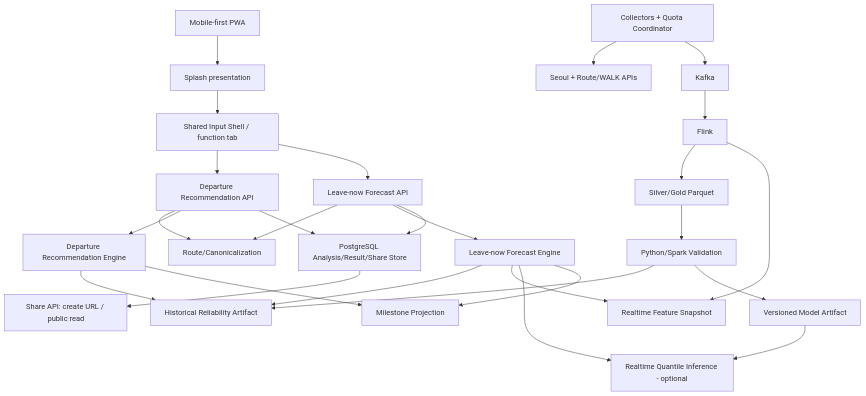
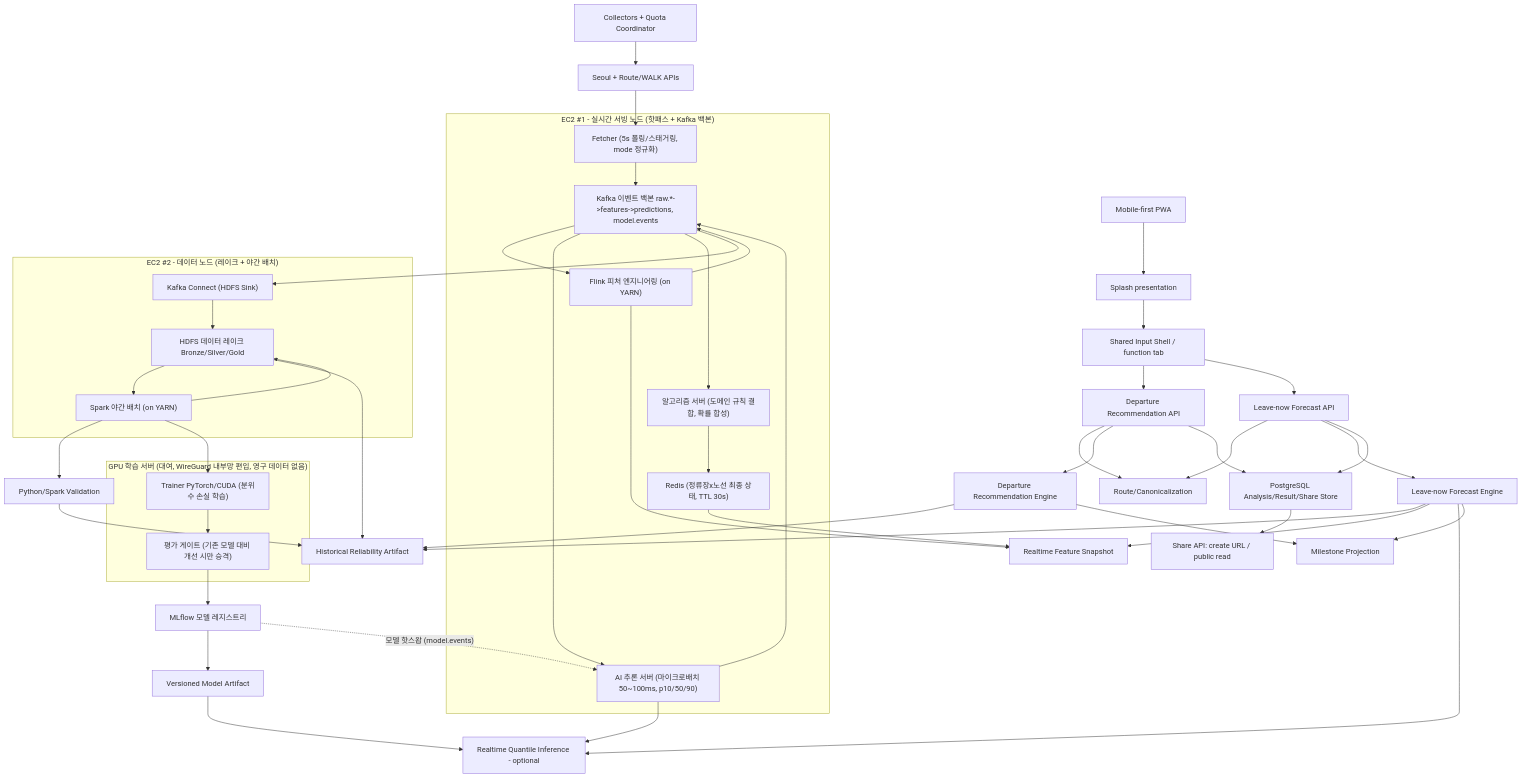
The first of 3 diagrams in docs/SERVICE_PLAN_260825_v0.3.md (DreamingGenie/Pickage), drawn with Mermaid before and after one commit. The commit also changed other lines of this file and 2 other files, not shown here.

Commit message:
docs: backend 확정 시스템 아키텍처(3-node·HDFS·Kafka 토픽 체인) 반영
backend 담당자가 확정한 실시간 교통 예측 아키텍처 문서(transit-architecture.pdf,
2026-08)의 구조도(컴포넌트/화살표/토픽명)를 기준으로 반영했다. 서술 텍스트는
추후 수정 가능성이 있다는 안내에 따라 참고용으로만 쓰고 근거로 채택하지 않았다.

- SERVICE_PLAN: 시스템 아키텍처 mermaid에 EC2#1(실시간 서빙+Kafka 백본)/
  EC2#2(데이터+야간배치)/GPU 학습 서버(대여) 3-node 구조, Fetcher/Flink/
  AI 추론 서버/알고리즘 서버/Redis/Kafka Connect/MLflow/평가 게이트 구성요소
  책임 추가, MinIO->HDFS 확정, 2-node->3-node 배치안 갱신
- REQUIREMENTS_SPEC: SYS-004/006/008/009/011에 실제 구현 컴포넌트 주석,
  신규 SYS-013(Redis)/SYS-014(Kafka Connect/HDFS Sink), Kafka Topic Contract
  표 신설, 3-node confirmed deployment contract, NFR-083/BR-074 3-node로 갱신,
  ENT-025에 MLflow/평가 게이트 연결 명시
- DECISION_SHEET: "2026-08-26 v0.3 Backend Architecture Confirmation Decision"
  절 신설(D-260826-001~005). 구조도와 상충하는 원문 서술(YARN 생략 주장 등)은
  "채택하지 않은 서술"로 분리 기록. PostgreSQL 기반 analysisId/Share 계층과
  새 아키텍처의 관계, YARN 포함 여부, GPU=H100 여부는 OPEN 항목으로 등록하고
  기존 계약(PostgreSQL 기반 API-011/012/006/007/008, ENT-029~034)은 변경하지
  않음을 명시

IA_SCREEN_SPEC은 화면/UX 계층이라 이번 backend 인프라 변경의 영향을 받지 않아
수정하지 않았다.

이슈: S15P21A506-91

````diff
--- a/docs/SERVICE_PLAN_260825_v0.3.md
+++ b/docs/SERVICE_PLAN_260825_v0.3.md
@@ -655,27 +655,53 @@
 ```mermaid
 flowchart TB
     PWA["Mobile-first PWA"] --> SPLASH["Splash presentation"]
     SPLASH --> INPUT["Shared Input Shell / function tab"]
     INPUT --> DPAPI["Departure Recommendation API"]
     INPUT --> LNAPI["Leave-now Forecast API"]
     DPAPI --> ROUTE["Route/Canonicalization"]
     LNAPI --> ROUTE
     DPAPI --> DENG["Departure Recommendation Engine"]
     LNAPI --> NENG["Leave-now Forecast Engine"]
     DENG --> HIST["Historical Reliability Artifact"]
     NENG --> HIST
     NENG --> RT["Realtime Feature Snapshot"]
     NENG --> ML["Realtime Quantile Inference - optional"]
     DENG --> MP["Milestone Projection"]
     NENG --> MP
     DPAPI --> PG["PostgreSQL Analysis/Result/Share Store"]
     LNAPI --> PG
     PG --> SHARE["Share API: create URL / public read"]
+
     COL["Collectors + Quota Coordinator"] --> EXT["Seoul + Route/WALK APIs"]
-    COL --> K["Kafka"] --> F["Flink"]
-    F --> LAKE["Silver/Gold Parquet"]
-    F --> RT
-    LAKE --> BATCH["Python/Spark Validation"]
+    EXT --> FETCH
+
+    subgraph EC2_1["EC2 #1 - 실시간 서빙 노드 (핫패스 + Kafka 백본)"]
+        FETCH["Fetcher (5s 폴링/스태거링, mode 정규화)"] --> KAFKA["Kafka 이벤트 백본 raw.*->features->predictions, model.events"]
+        KAFKA --> FLINK["Flink 피처 엔지니어링 (on YARN)"]
+        FLINK --> KAFKA
+        KAFKA --> AIINF["AI 추론 서버 (마이크로배치 50~100ms, p10/50/90)"]
+        AIINF --> KAFKA
+        KAFKA --> ALGO["알고리즘 서버 (도메인 규칙 결합, 확률 합성)"]
+        ALGO --> REDIS["Redis (정류장x노선 최종 상태, TTL 30s)"]
+    end
+    REDIS --> RT
+    FLINK --> RT
+    AIINF --> ML
+
+    subgraph EC2_2["EC2 #2 - 데이터 노드 (레이크 + 야간 배치)"]
+        CONNECT["Kafka Connect (HDFS Sink)"] --> LAKE["HDFS 데이터 레이크 Bronze/Silver/Gold"]
+        LAKE --> SPARKB["Spark 야간 배치 (on YARN)"]
+        SPARKB --> LAKE
+    end
+    KAFKA --> CONNECT
+    LAKE --> HIST
+    SPARKB --> BATCH["Python/Spark Validation"]
     BATCH --> HIST
-    BATCH --> MODEL["Versioned Model Artifact"] --> ML
+
+    subgraph GPUNODE["GPU 학습 서버 (대여, WireGuard 내부망 편입, 영구 데이터 없음)"]
+        TRAIN["Trainer PyTorch/CUDA (분위수 손실 학습)"] --> GATE["평가 게이트 (기존 모델 대비 개선 시만 승격)"]
+    end
+    SPARKB --> TRAIN
+    GATE --> MLREG["MLflow 모델 레지스트리"] --> MODEL["Versioned Model Artifact"] --> ML
+    MLREG -. "모델 핫스왑 (model.events)" .-> AIINF
 ```
````
